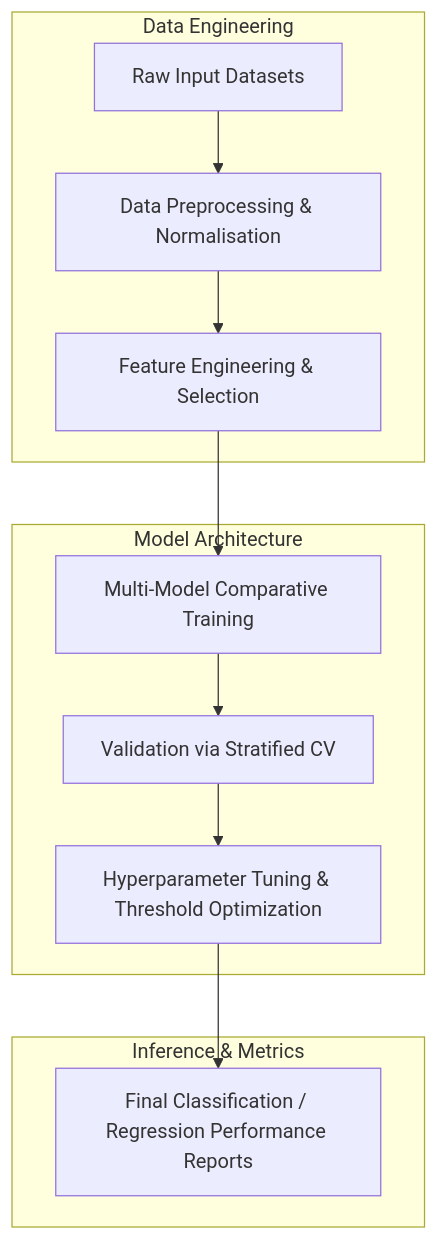
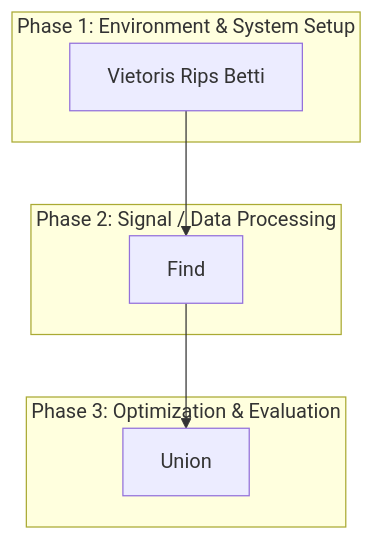
The diagram in README.md (Runtime-Slayers/Dimensional-Archaeology-Latent-Knowledge-from-Sparse-Assessments), drawn with Mermaid before and after one commit. The commit also changed other lines of this file, not shown here.

Commit message:
Docs: Restructure README.md with detailed summary and pipeline flowchart

````diff
--- a/README.md
+++ b/README.md
@@ -14,15 +14,14 @@
 ```mermaid
 graph TD
-    subgraph Data Engineering
-        A["Raw Input Datasets"] --> B["Data Preprocessing & Normalisation"]
-        B --> C["Feature Engineering & Selection"]
+    subgraph "Phase 1: Environment & System Setup"
+        N0["Vietoris Rips Betti"]
     end
-    subgraph Model Architecture
-        C --> D["Multi-Model Comparative Training"]
-        D --> E["Validation via Stratified CV"]
-        E --> F["Hyperparameter Tuning & Threshold Optimization"]
+    subgraph "Phase 2: Signal / Data Processing"
+        N1["Find"]
     end
-    subgraph Inference & Metrics
-        F --> G["Final Classification / Regression Performance Reports"]
+    subgraph "Phase 3: Optimization & Evaluation"
+        N2["Union"]
     end
+    N0 --> N1
+    N1 --> N2
 ```
````
